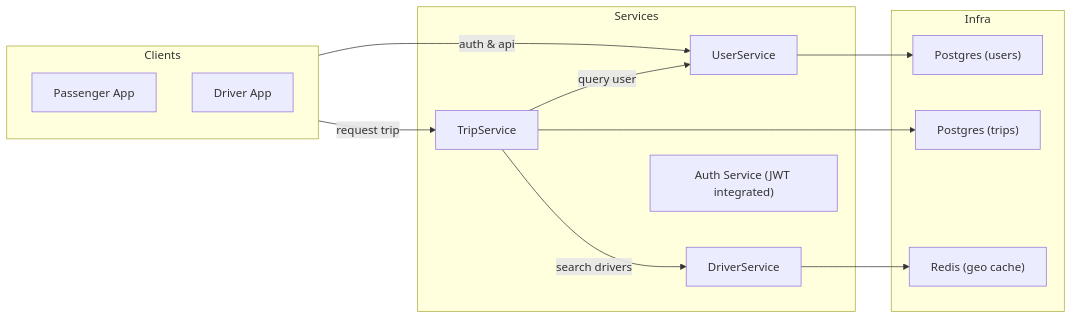
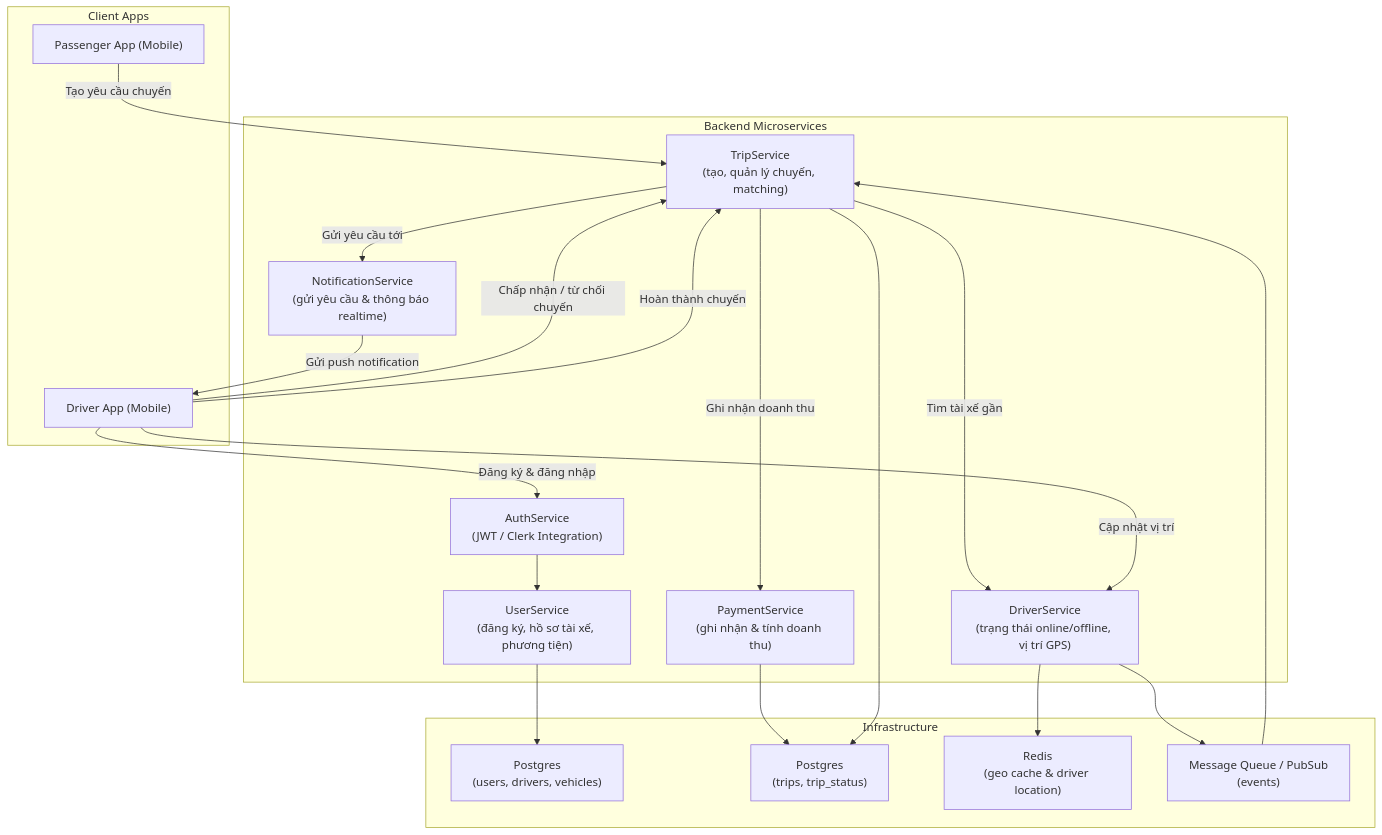
Before and after one commit to LeVanHuy84/uit-go-project: the diagram in ARCHITECTURE.md, drawn with Mermaid.

Commit message:
Update architecture diagram and service descriptions

````diff
--- a/ARCHITECTURE.md
+++ b/ARCHITECTURE.md
@@ -63,29 +63,56 @@
 ```mermaid
-flowchart LR
-  subgraph Clients
-    Passenger["Passenger App"]
-    DriverApp["Driver App"]
+flowchart TD
+  %% =======================
+  %% CLIENT LAYER
+  %% =======================
+  subgraph Clients["Client Apps"]
+    Passenger["Passenger App (Mobile)"]
+    DriverApp["Driver App (Mobile)"]
   end
 
-  subgraph Services
-    UserSvc["UserService"]
-    TripSvc["TripService"]
-    DriverSvc["DriverService"]
-    Auth["Auth Service (JWT integrated)"]
+  %% =======================
+  %% SERVICE LAYER
+  %% =======================
+  subgraph Services["Backend Microservices"]
+    UserSvc["UserService<br/>(đăng ký, hồ sơ tài xế, phương tiện)"]
+    AuthSvc["AuthService<br/>(JWT / Clerk Integration)"]
+    DriverSvc["DriverService<br/>(trạng thái online/offline, vị trí GPS)"]
+    TripSvc["TripService<br/>(tạo, quản lý chuyến, matching)"]
+    NotificationSvc["NotificationService<br/>(gửi yêu cầu & thông báo realtime)"]
+    PaymentSvc["PaymentService<br/>(ghi nhận & tính doanh thu)"]
   end
 
-  Clients -->|auth & api| UserSvc
-  Clients -->|request trip| TripSvc
-  TripSvc -->|search drivers| DriverSvc
-  TripSvc -->|query user| UserSvc
-
-  subgraph Infra
-    PostgresUser["Postgres (users)"]
-    PostgresTrip["Postgres (trips)"]
-    Redis["Redis (geo cache)"]
+  %% =======================
+  %% INFRASTRUCTURE LAYER
+  %% =======================
+  subgraph Infra["Infrastructure"]
+    PostgresUser["Postgres<br/>(users, drivers, vehicles)"]
+    PostgresTrip["Postgres<br/>(trips, trip_status)"]
+    RedisGeo["Redis<br/>(geo cache & driver location)"]
+    MQ["Message Queue / PubSub<br/>(events)"]
   end
 
+  %% =======================
+  %% RELATIONSHIPS
+  %% =======================
+  Passenger -->|Tạo yêu cầu chuyến| TripSvc
+  TripSvc -->|Tìm tài xế gần| DriverSvc
+  DriverSvc --> RedisGeo
+  TripSvc -->|Gửi yêu cầu tới| NotificationSvc
+  NotificationSvc -->|Gửi push notification| DriverApp
+
+  DriverApp -->|Đăng ký & đăng nhập| AuthSvc
+  AuthSvc --> UserSvc
   UserSvc --> PostgresUser
+
+  DriverApp -->|Cập nhật vị trí| DriverSvc
+  DriverSvc --> MQ
+  MQ --> TripSvc
+
+  DriverApp -->|Chấp nhận / từ chối chuyến| TripSvc
+  DriverApp -->|Hoàn thành chuyến| TripSvc
+  TripSvc -->|Ghi nhận doanh thu| PaymentSvc
+  PaymentSvc --> PostgresTrip
+
   TripSvc --> PostgresTrip
-  DriverSvc --> Redis
 ```
````
